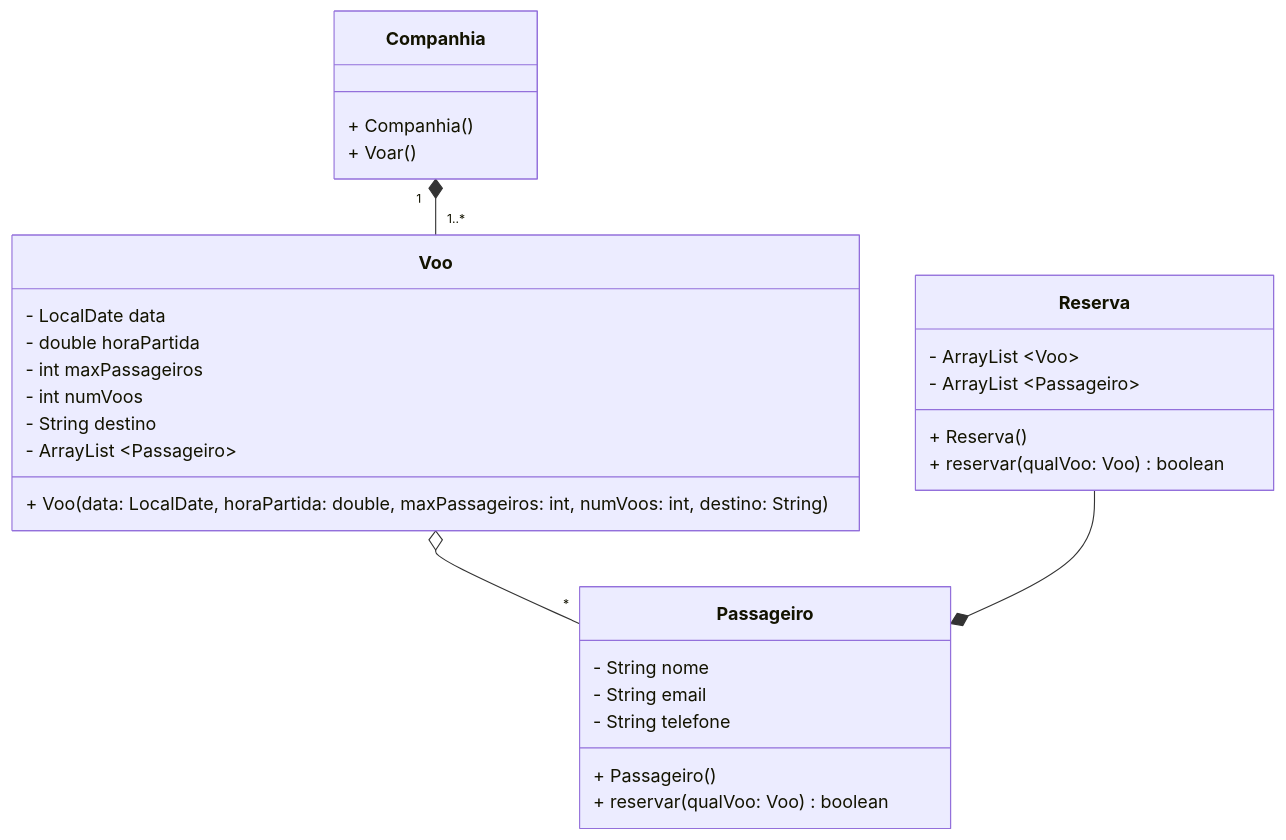
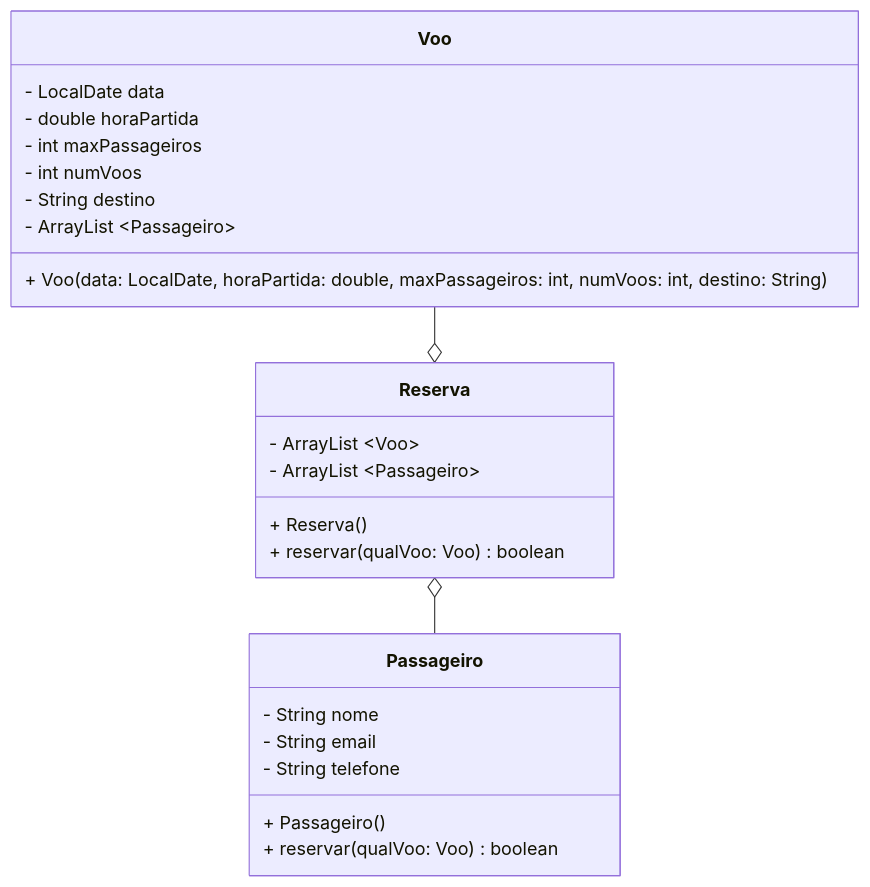
The diagram in lab-04/app/bin/main/engtelecom/poo/README4.md (Aluno55/POO), drawn with Mermaid before and after one commit. The commit also changed 5 other files, not shown here.

````diff
--- a/lab-04/app/bin/main/engtelecom/poo/README4.md
+++ b/lab-04/app/bin/main/engtelecom/poo/README4.md
@@ -5,33 +5,28 @@
 ```mermaid
 classDiagram
-    class Companhia{
-        + Companhia ()
-        + Voar ()
-    }
-    Companhia "1"*--"1..*" Voo
-    Voo o--"*" Passageiro
-    Reserva --* Passageiro
+    Voo --o Reserva
+    Reserva o-- Passageiro
     class Voo{
         - LocalDate data
         - double horaPartida
         - int maxPassageiros
         - int numVoos
         - String destino
         - ArrayList ~Passageiro~
         + Voo (data: LocalDate, horaPartida: double, maxPassageiros: int, numVoos: int, destino: String)
     }
     class Reserva{
         - ArrayList ~Voo~
         - ArrayList ~Passageiro~
         + Reserva ()
         + reservar (qualVoo: Voo) boolean
     }
     class Passageiro{
         - String nome
         - String email
         - String telefone
         + Passageiro ()
         + reservar (qualVoo: Voo) boolean
     }
 
 ```
````
